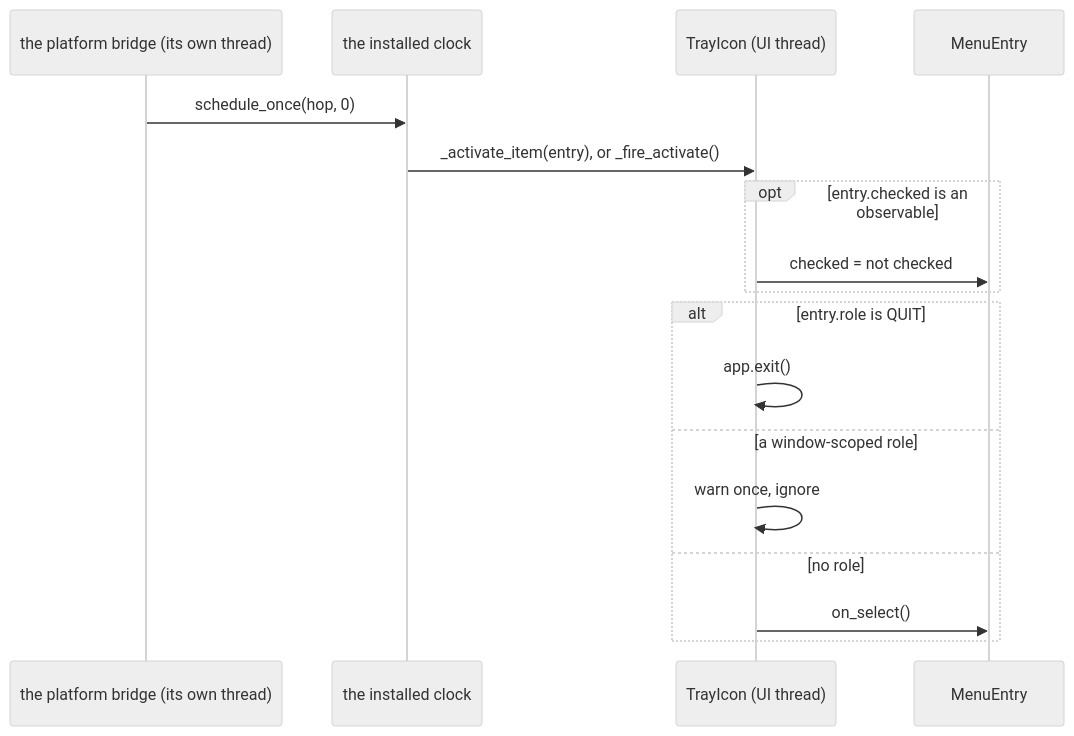
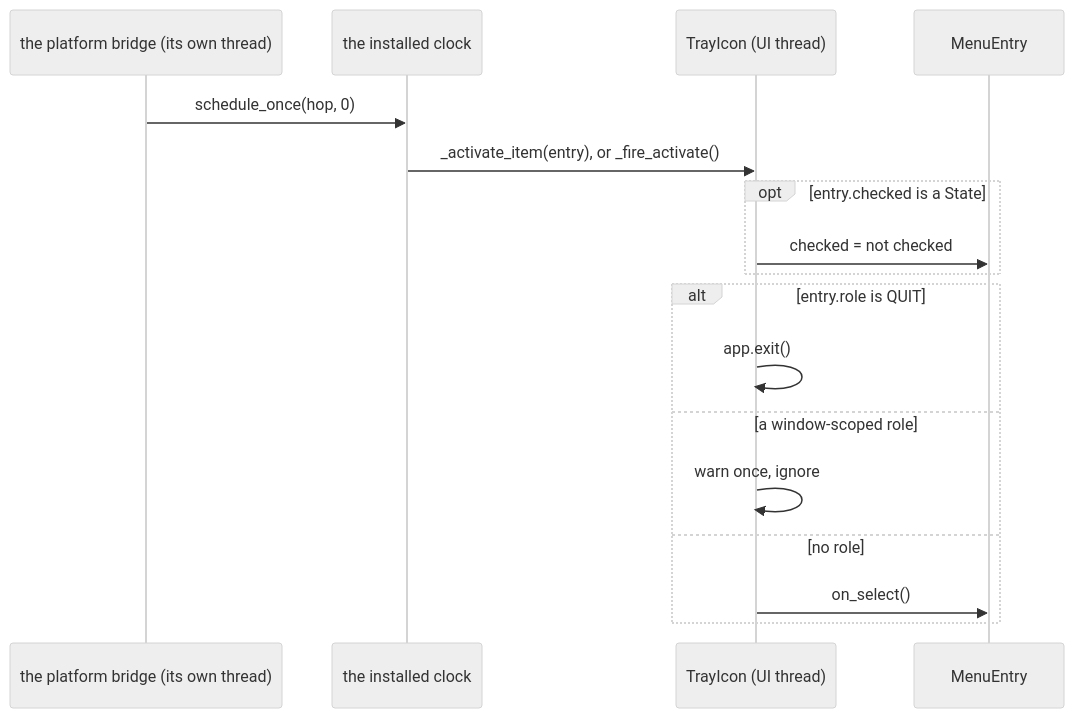
Before and after one commit to yuksblog/nuiitivet: the fourth of 8 diagrams in docs/design/TRAY_ICON.md, drawn with Mermaid (neutral theme). The commit also changed 77 other files, not shown here.

````diff
--- a/docs/design/TRAY_ICON.md
+++ b/docs/design/TRAY_ICON.md
@@ -105,20 +105,20 @@
 ```mermaid
 sequenceDiagram
     participant B as the platform bridge (its own thread)
     participant C as the installed clock
     participant T as TrayIcon (UI thread)
     participant E as MenuEntry
 
     B->>C: schedule_once(hop, 0)
     C->>T: _activate_item(entry), or _fire_activate()
-    opt entry.checked is an observable
+    opt entry.checked is a State
         T->>E: checked = not checked
     end
     alt entry.role is QUIT
         T->>T: app.exit()
     else a window-scoped role
         T->>T: warn once, ignore
     else no role
         T->>E: on_select()
     end
 ```
````
